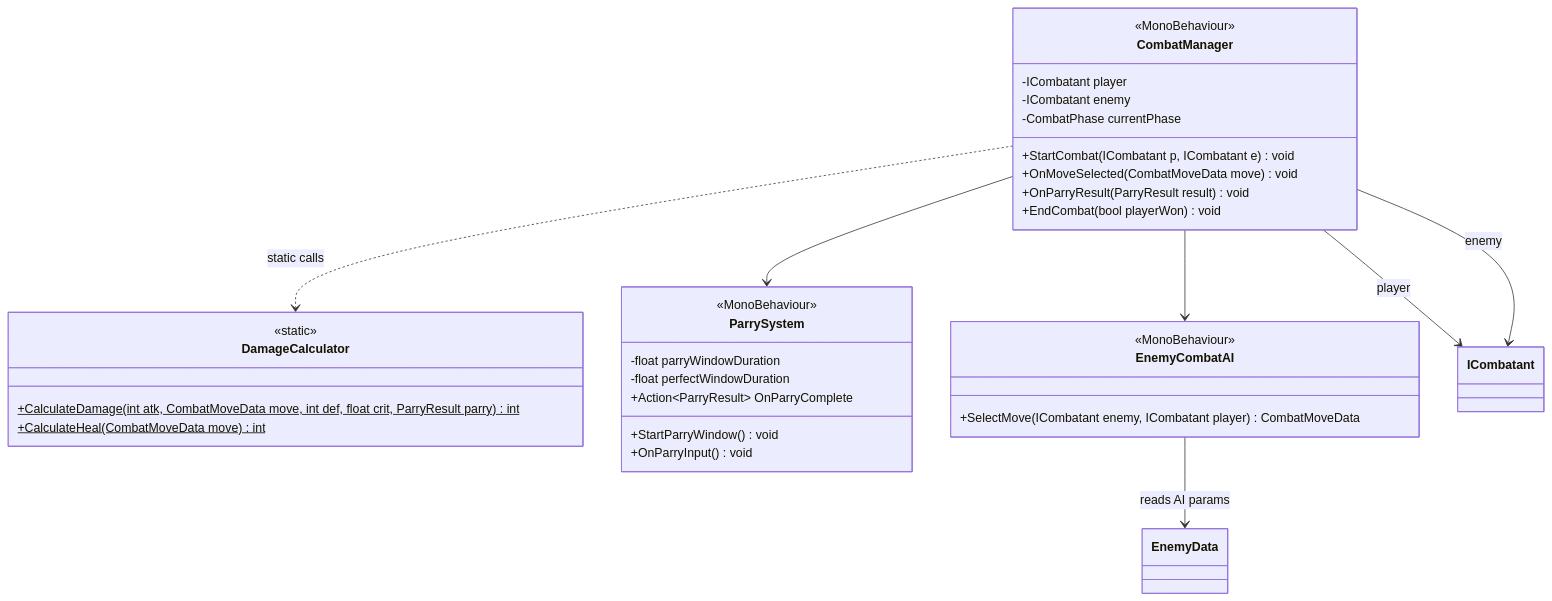
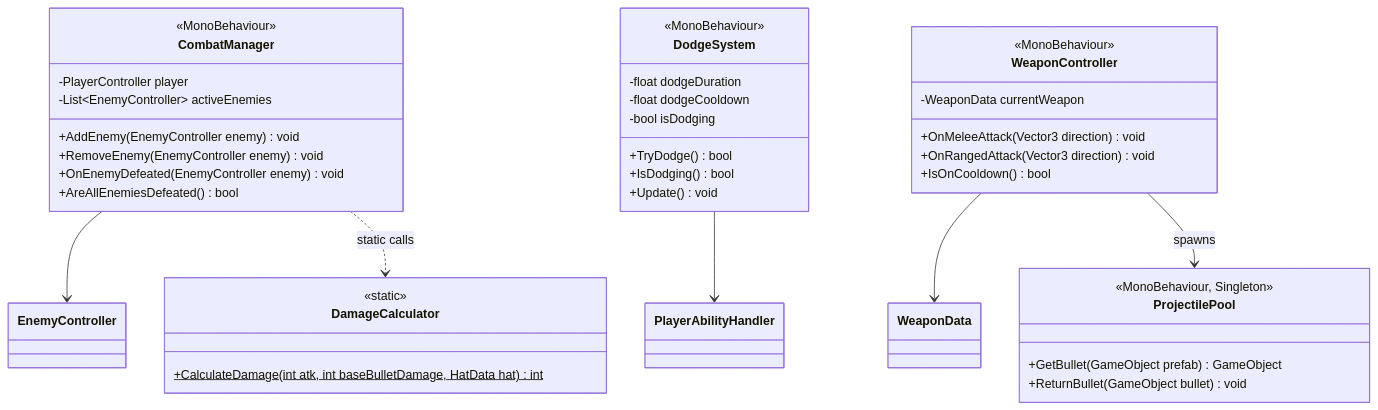
One commit to ben-hollinger/speg_code changed the fifth of 11 diagrams in Documentation/TECHNICAL_PLAN.md. Above: the diagram before and after it, drawn with Mermaid. The commit also changed other lines of this file, not shown here.

Commit message:
update TECHNICAL_PLAN.md for new bullet-hell-like combat system

````diff
--- a/Documentation/TECHNICAL_PLAN.md
+++ b/Documentation/TECHNICAL_PLAN.md
@@ -261,42 +283,49 @@
 ```mermaid
 classDiagram
     direction TB
 
     class CombatManager {
         <<MonoBehaviour>>
-        -ICombatant player
-        -ICombatant enemy
-        -CombatPhase currentPhase
-        +StartCombat(ICombatant p, ICombatant e) void
-        +OnMoveSelected(CombatMoveData move) void
-        +OnParryResult(ParryResult result) void
-        +EndCombat(bool playerWon) void
+        -PlayerController player
+        -List~EnemyController~ activeEnemies
+        +AddEnemy(EnemyController enemy) void
+        +RemoveEnemy(EnemyController enemy) void
+        +OnEnemyDefeated(EnemyController enemy) void
+        +AreAllEnemiesDefeated() bool
     }
 
     class DamageCalculator {
         <<static>>
-        +CalculateDamage(int atk, CombatMoveData move, int def, float crit, ParryResult parry)$ int
-        +CalculateHeal(CombatMoveData move)$ int
+        +CalculateDamage(int atk, int baseBulletDamage, HatData hat)$ int
     }
 
-    class ParrySystem {
+    class DodgeSystem {
         <<MonoBehaviour>>
-        -float parryWindowDuration
-        -float perfectWindowDuration
-        +Action~ParryResult~ OnParryComplete
-        +StartParryWindow() void
-        +OnParryInput() void
+        -float dodgeDuration
+        -float dodgeCooldown
+        -bool isDodging
+        +TryDodge() bool
+        +IsDodging() bool
+        +Update() void
     }
 
-    class EnemyCombatAI {
+    class WeaponController {
         <<MonoBehaviour>>
-        +SelectMove(ICombatant enemy, ICombatant player) CombatMoveData
+        -WeaponData currentWeapon
+        +OnMeleeAttack(Vector3 direction) void
+        +OnRangedAttack(Vector3 direction) void
+        +IsOnCooldown() bool
     }
 
-    CombatManager --> ICombatant : player
-    CombatManager --> ICombatant : enemy
-    CombatManager --> ParrySystem
-    CombatManager --> EnemyCombatAI
+    class ProjectilePool {
+        <<MonoBehaviour, Singleton>>
+        +GetBullet(GameObject prefab) GameObject
+        +ReturnBullet(GameObject bullet) void
+    }
+
+    CombatManager --> EnemyController
     CombatManager ..> DamageCalculator : static calls
-    EnemyCombatAI --> EnemyData : reads AI params
+    WeaponController --> WeaponData
+    WeaponController --> ProjectilePool : spawns
+    DodgeSystem --> PlayerAbilityHandler
 ```
````
